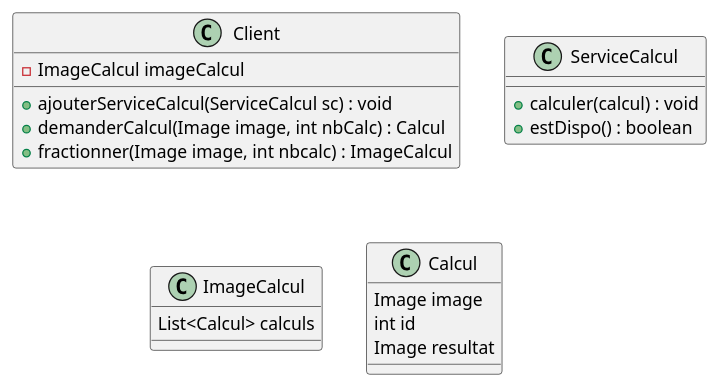
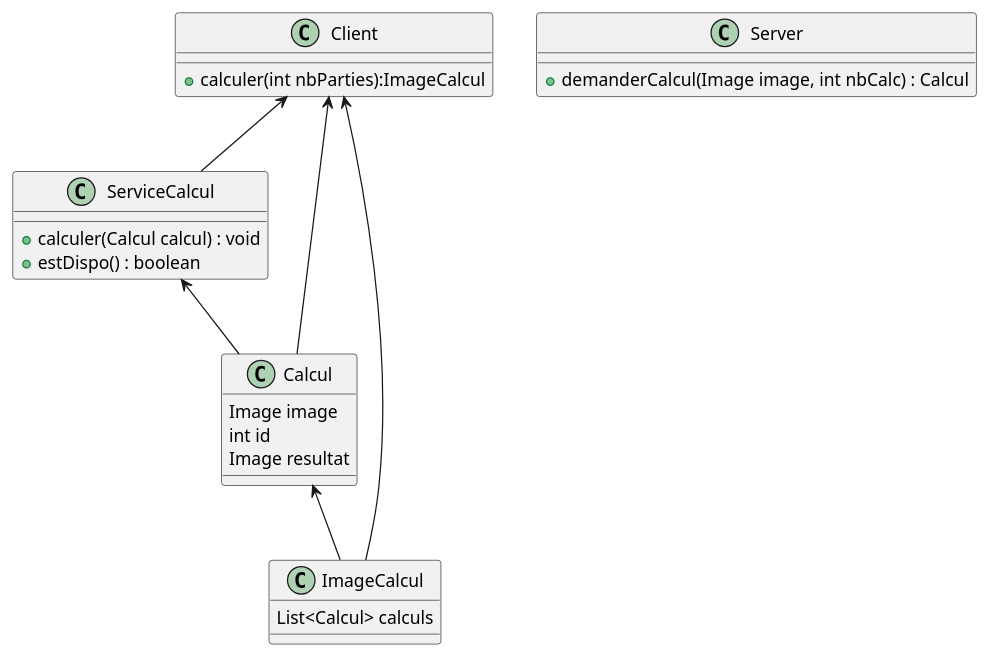
The diagram in schema.puml (Hugo-COLLIN/BUT_S4_Calcul-Parallele), drawn with PlantUML before and after one commit. The commit also changed 1 other file, not shown here.

```diff
--- a/schema.puml
+++ b/schema.puml
@@ -1,28 +1,34 @@
 @startuml
 'https://plantuml.com/class-diagram
 
 class Client {
-    -ImageCalcul imageCalcul
-
-    +ajouterServiceCalcul(ServiceCalcul sc) : void
-    +demanderCalcul(Image image, int nbCalc) : Calcul
-    +fractionner(Image image, int nbcalc) : ImageCalcul
-
+    +calculer(int nbParties):ImageCalcul
 }
 
 class ServiceCalcul {
-    +calculer(calcul) : void
+    +calculer(Calcul calcul) : void
     +estDispo() : boolean
 }
 
 class ImageCalcul {
     List<Calcul> calculs
 }
 
 class Calcul {
     Image image
     int id
     Image resultat
 }
 
+class Server {
+    +demanderCalcul(Image image, int nbCalc) : Calcul
+}
+
+ServiceCalcul <-- Calcul
+Client <-- ServiceCalcul
+Client <-- ImageCalcul
+Client <-- Calcul
+Calcul <-- ImageCalcul
+
+
 @enduml
```
